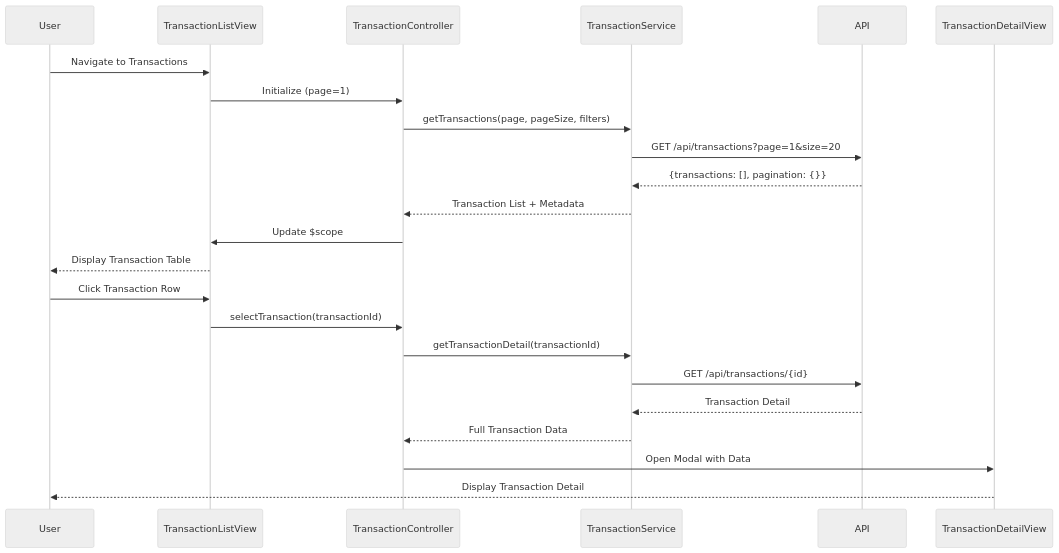
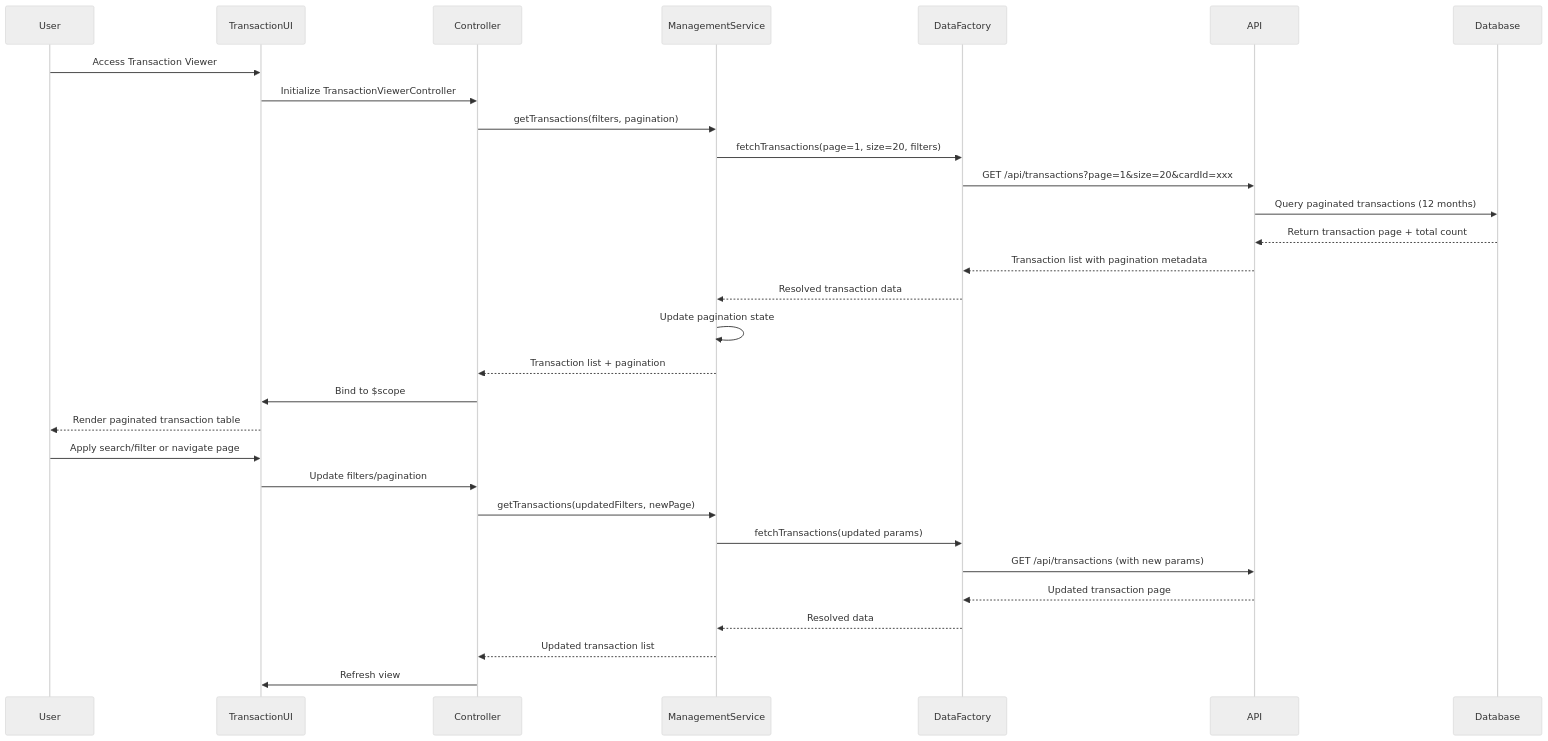
One commit to AAVA-Demo/APB_Demo changed the diagram in LLD/QE-8581_LLD.md. Above: the diagram before and after it, drawn with Mermaid (neutral theme). The commit also changed other lines of this file and 5 other files, not shown here.

````diff
--- a/LLD/QE-8581_LLD.md
+++ b/LLD/QE-8581_LLD.md
@@ -87,26 +88,33 @@
 ```mermaid
 sequenceDiagram
     participant User
-    participant TransactionListView
-    participant TransactionController
-    participant TransactionService
+    participant TransactionUI
+    participant Controller
+    participant ManagementService
+    participant DataFactory
     participant API
-    participant TransactionDetailView
+    participant Database
 
-    User->>TransactionListView: Navigate to Transactions
-    TransactionListView->>TransactionController: Initialize (page=1)
-    TransactionController->>TransactionService: getTransactions(page, pageSize, filters)
-    TransactionService->>API: GET /api/transactions?page=1&size=20
-    API-->>TransactionService: {transactions: [], pagination: {}}
-    TransactionService-->>TransactionController: Transaction List + Metadata
-    TransactionController->>TransactionListView: Update $scope
-    TransactionListView-->>User: Display Transaction Table
-    User->>TransactionListView: Click Transaction Row
-    TransactionListView->>TransactionController: selectTransaction(transactionId)
-    TransactionController->>TransactionService: getTransactionDetail(transactionId)
-    TransactionService->>API: GET /api/transactions/{id}
-    API-->>TransactionService: Transaction Detail
-    TransactionService-->>TransactionController: Full Transaction Data
-    TransactionController->>TransactionDetailView: Open Modal with Data
-    TransactionDetailView-->>User: Display Transaction Detail
+    User->>TransactionUI: Access Transaction Viewer
+    TransactionUI->>Controller: Initialize TransactionViewerController
+    Controller->>ManagementService: getTransactions(filters, pagination)
+    ManagementService->>DataFactory: fetchTransactions(page=1, size=20, filters)
+    DataFactory->>API: GET /api/transactions?page=1&size=20&cardId=xxx
+    API->>Database: Query paginated transactions (12 months)
+    Database-->>API: Return transaction page + total count
+    API-->>DataFactory: Transaction list with pagination metadata
+    DataFactory-->>ManagementService: Resolved transaction data
+    ManagementService->>ManagementService: Update pagination state
+    ManagementService-->>Controller: Transaction list + pagination
+    Controller->>TransactionUI: Bind to $scope
+    TransactionUI-->>User: Render paginated transaction table
+    User->>TransactionUI: Apply search/filter or navigate page
+    TransactionUI->>Controller: Update filters/pagination
+    Controller->>ManagementService: getTransactions(updatedFilters, newPage)
+    ManagementService->>DataFactory: fetchTransactions(updated params)
+    DataFactory->>API: GET /api/transactions (with new params)
+    API-->>DataFactory: Updated transaction page
+    DataFactory-->>ManagementService: Resolved data
+    ManagementService-->>Controller: Updated transaction list
+    Controller->>TransactionUI: Refresh view
 ```
````
